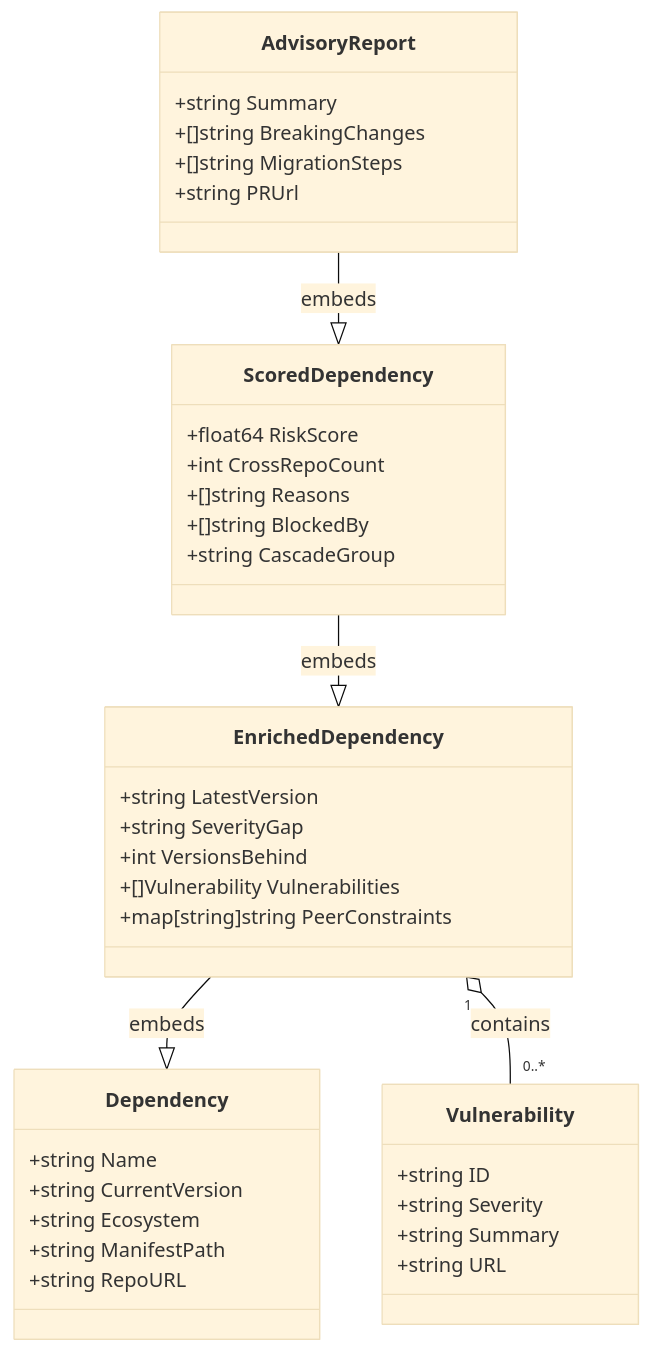
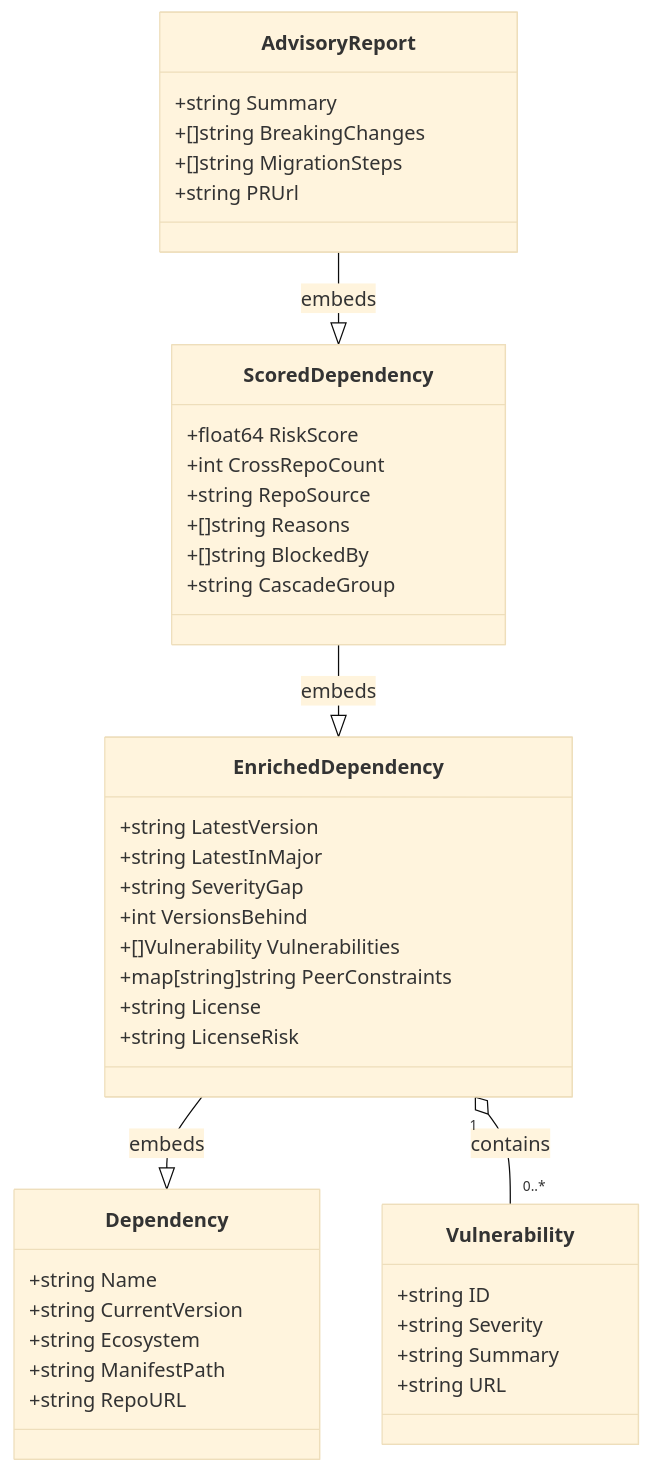
The third of 18 diagrams in docs/architecture.md (Holquaria/dep-health), drawn with Mermaid (base theme) before and after one commit. The commit also changed other lines of this file and 8 other files, not shown here.

````diff
--- a/docs/architecture.md
+++ b/docs/architecture.md
@@ -144,45 +144,49 @@
 ```mermaid
 classDiagram
     class Dependency {
         +string Name
         +string CurrentVersion
         +string Ecosystem
         +string ManifestPath
         +string RepoURL
     }
 
     class Vulnerability {
         +string ID
         +string Severity
         +string Summary
         +string URL
     }
 
     class EnrichedDependency {
         +string LatestVersion
+        +string LatestInMajor
         +string SeverityGap
         +int VersionsBehind
         +[]Vulnerability Vulnerabilities
         +map[string]string PeerConstraints
+        +string License
+        +string LicenseRisk
     }
 
     class ScoredDependency {
         +float64 RiskScore
         +int CrossRepoCount
+        +string RepoSource
         +[]string Reasons
         +[]string BlockedBy
         +string CascadeGroup
     }
 
     class AdvisoryReport {
         +string Summary
         +[]string BreakingChanges
         +[]string MigrationSteps
         +string PRUrl
     }
 
     EnrichedDependency --|> Dependency : embeds
     EnrichedDependency "1" o-- "0..*" Vulnerability : contains
     ScoredDependency --|> EnrichedDependency : embeds
     AdvisoryReport --|> ScoredDependency : embeds
 ```
````
